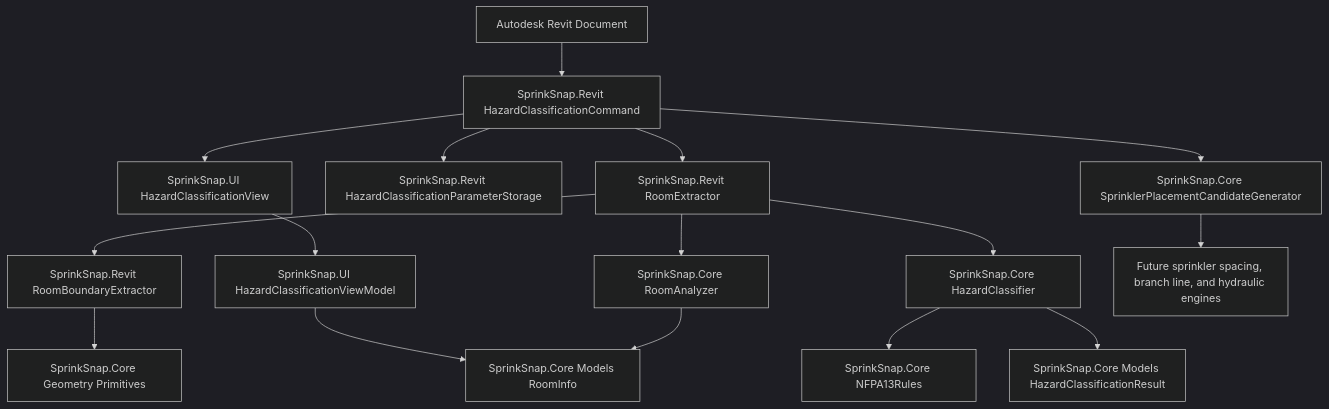
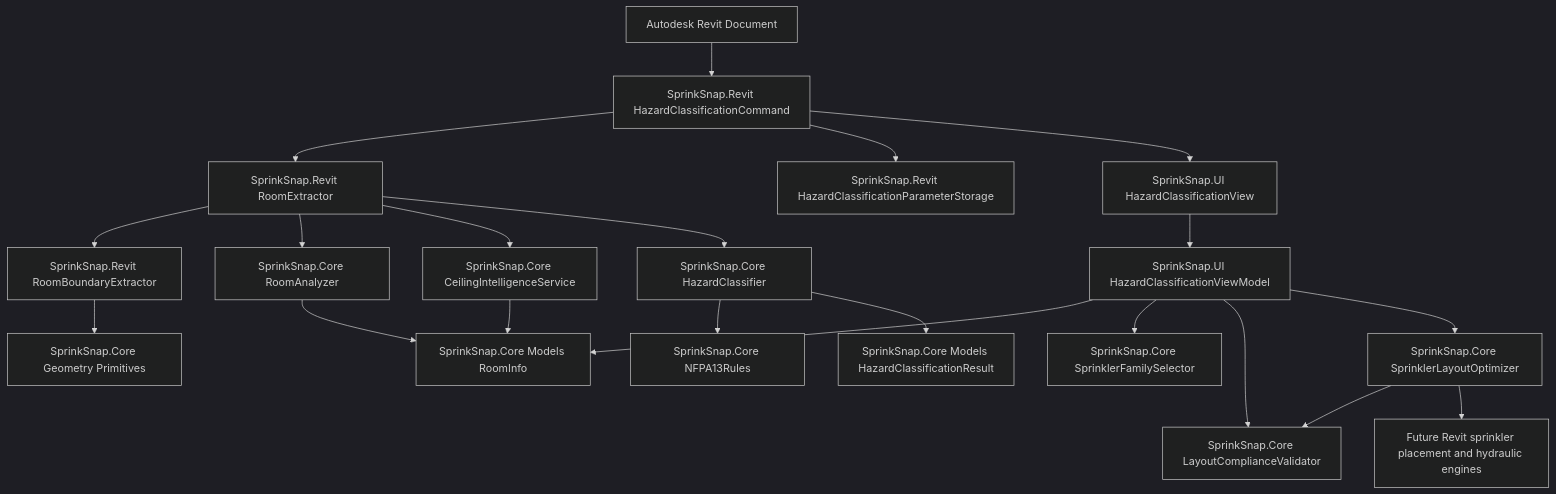
Before and after one commit to SprinkSnap/FireSprinklerPlugin: the diagram in docs/SprinkSnapDependencyFlow.md, drawn with Mermaid (dark theme). The commit also changed other lines of this file and 12 other files, not shown here.

Commit message:
Add AI-assisted sprinkler layout engine

````diff
--- a/docs/SprinkSnapDependencyFlow.md
+++ b/docs/SprinkSnapDependencyFlow.md
@@ -9,18 +10,23 @@
 ```mermaid
 flowchart TD
     Revit[Autodesk Revit Document] --> Cmd[SprinkSnap.Revit HazardClassificationCommand]
     Cmd --> Extractor[SprinkSnap.Revit RoomExtractor]
     Cmd --> Storage[SprinkSnap.Revit HazardClassificationParameterStorage]
     Cmd --> View[SprinkSnap.UI HazardClassificationView]
     View --> VM[SprinkSnap.UI HazardClassificationViewModel]
     VM --> RoomInfo[SprinkSnap.Core Models RoomInfo]
     Extractor --> Boundary[SprinkSnap.Revit RoomBoundaryExtractor]
     Extractor --> Analyzer[SprinkSnap.Core RoomAnalyzer]
+    Extractor --> Ceiling[SprinkSnap.Core CeilingIntelligenceService]
     Extractor --> Classifier[SprinkSnap.Core HazardClassifier]
+    VM --> Family[SprinkSnap.Core SprinklerFamilySelector]
+    VM --> Validator[SprinkSnap.Core LayoutComplianceValidator]
+    VM --> Optimizer[SprinkSnap.Core SprinklerLayoutOptimizer]
     Boundary --> Geometry[SprinkSnap.Core Geometry Primitives]
     Analyzer --> RoomInfo
+    Ceiling --> RoomInfo
     Classifier --> Rules[SprinkSnap.Core NFPA13Rules]
     Classifier --> Result[SprinkSnap.Core Models HazardClassificationResult]
-    Cmd --> Candidates[SprinkSnap.Core SprinklerPlacementCandidateGenerator]
-    Candidates --> Future[Future sprinkler spacing, branch line, and hydraulic engines]
+    Optimizer --> Validator
+    Optimizer --> Future[Future Revit sprinkler placement and hydraulic engines]
 ```
````
